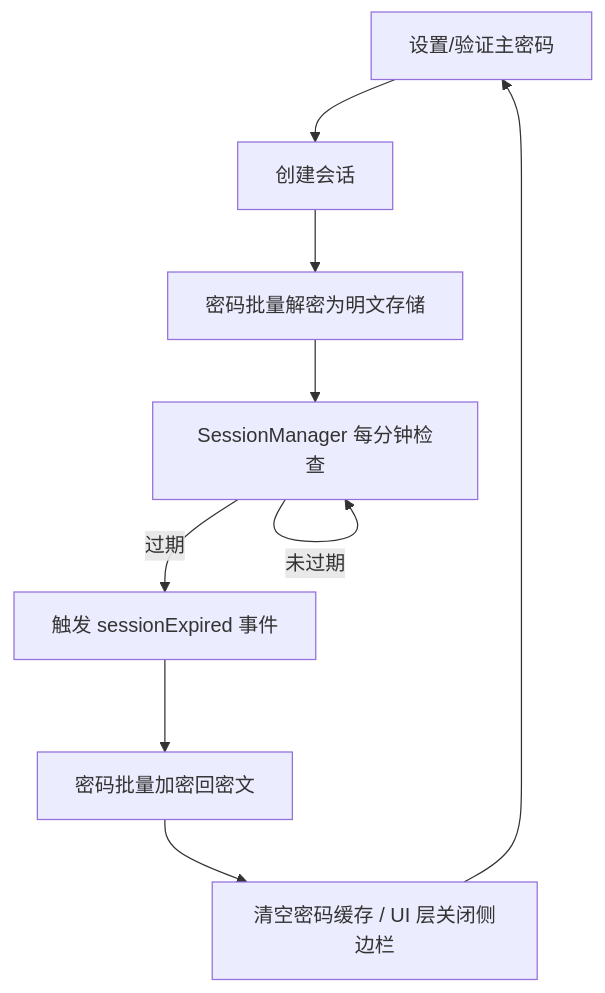
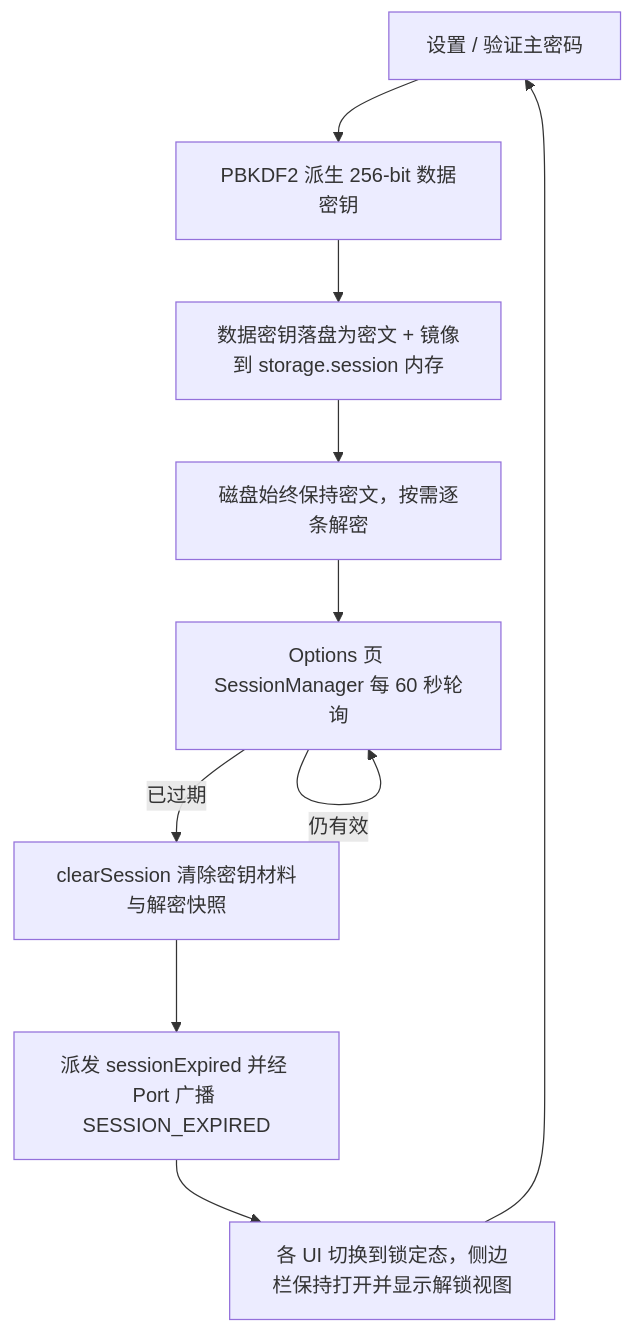
Before and after one commit to liaolongdong/account-password-helper: the second of 2 diagrams in docs/ARCHITECTURE.md, drawn with Mermaid. The commit also changed other lines of this file and 74 other files, not shown here.

````diff
--- a/docs/ARCHITECTURE.md
+++ b/docs/ARCHITECTURE.md
@@ -52,11 +64,12 @@
 ```mermaid
 graph TB
-    A[设置/验证主密码] --> B[创建会话]
-    B --> C[密码批量解密为明文存储]
-    C --> D[SessionManager 每分钟检查]
-    D -->|未过期| D
-    D -->|过期| E[触发 sessionExpired 事件]
-    E --> F[密码批量加密回密文]
-    F --> G[清空密码缓存 / UI 层关闭侧边栏]
-    G --> A
+    A[设置 / 验证主密码] --> B[PBKDF2 派生 256-bit 数据密钥]
+    B --> C[数据密钥落盘为密文 + 镜像到 storage.session 内存]
+    C --> D[磁盘始终保持密文，按需逐条解密]
+    D --> E[Options 页 SessionManager 每 60 秒轮询]
+    E -->|仍有效| E
+    E -->|已过期| F[clearSession 清除密钥材料与解密快照]
+    F --> G[派发 sessionExpired 并经 Port 广播 SESSION_EXPIRED]
+    G --> H[各 UI 切换到锁定态，侧边栏保持打开并显示解锁视图]
+    H --> A
 ```
````
